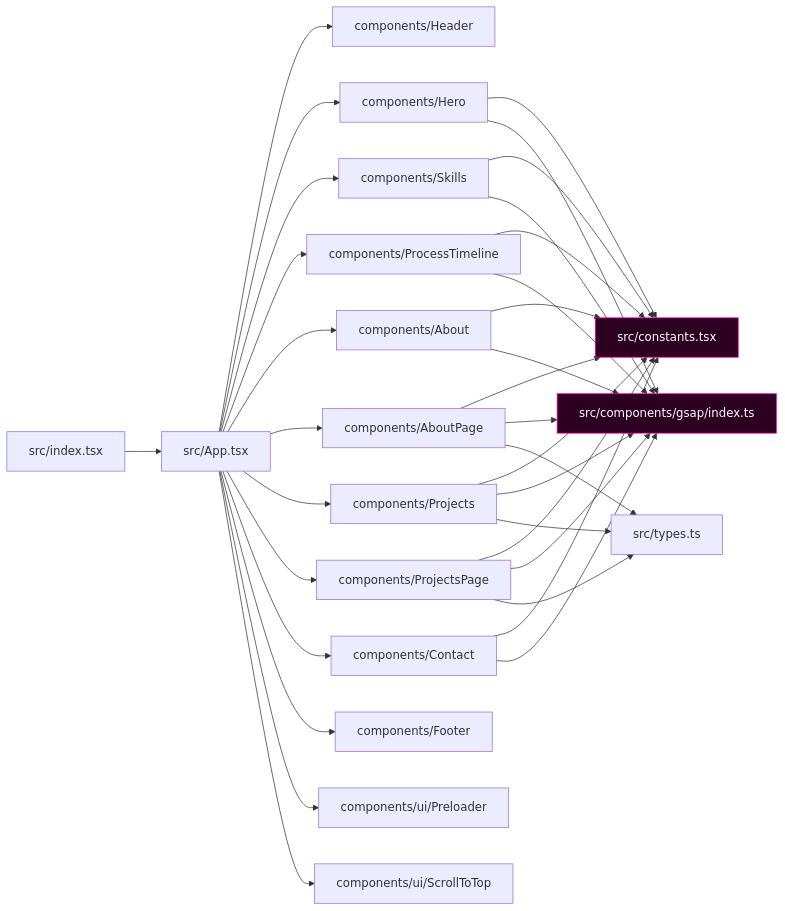
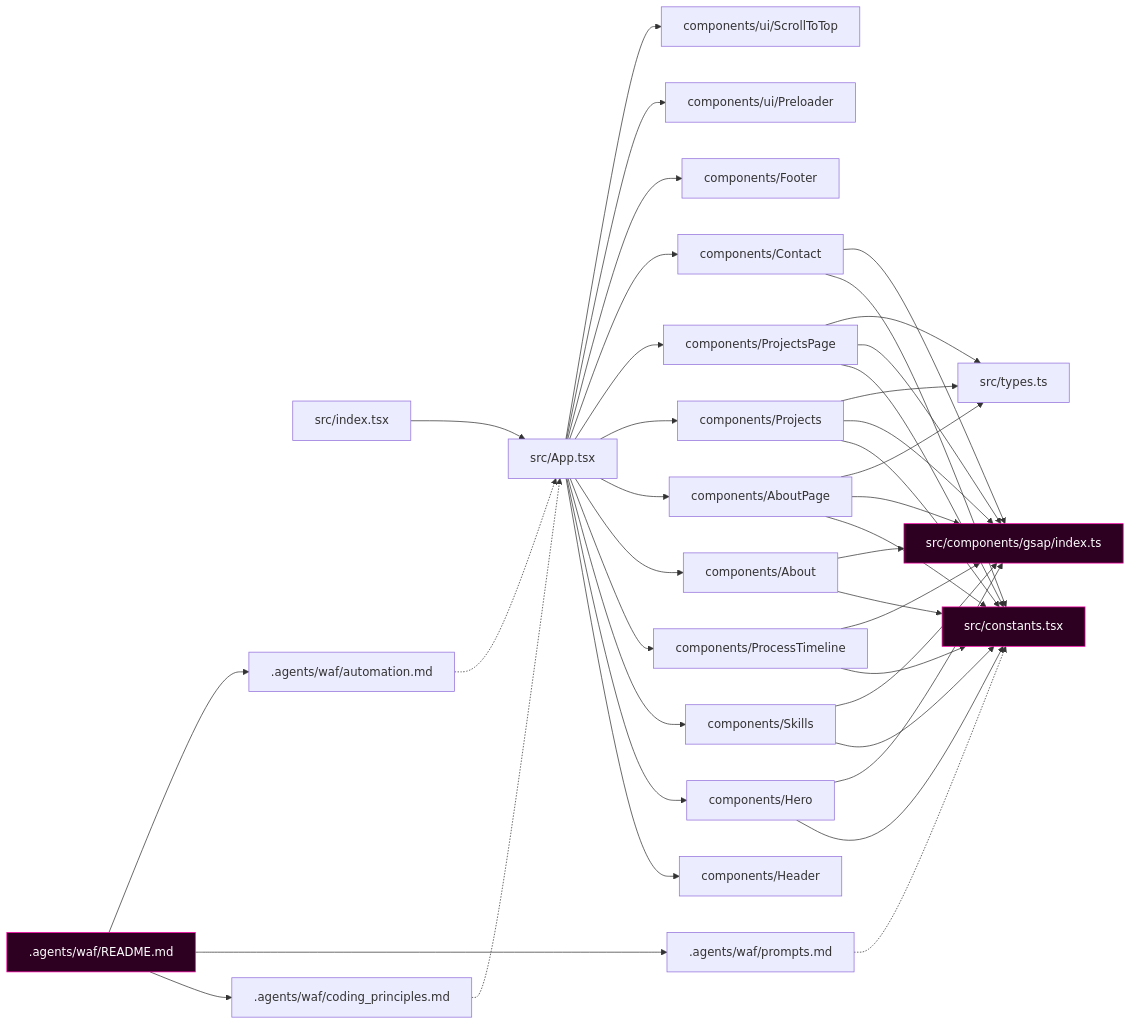
The diagram in docs/architecture/dependency-graph.md (AhmedNasser-bug/Ahmed-Nasser-s), drawn with Mermaid before and after one commit. The commit also changed 16 other files, not shown here.

Commit message:
feat: implement core site architecture including lifecycle, projects, and home components with GSAP animations.

````diff
--- a/docs/architecture/dependency-graph.md
+++ b/docs/architecture/dependency-graph.md
@@ -7,30 +7,39 @@
 ```mermaid
 graph LR
   classDef hub fill:#2d0022,stroke:#ff00aa,color:#fff
   classDef orphan fill:#1a1a00,stroke:#aaaa00,color:#fff
   classDef circular stroke:#ff0000,stroke-width:3px
 
   INDEX[src/index.tsx]
   APP[src/App.tsx]
   CONSTANTS[src/constants.tsx]:::hub
   TYPES[src/types.ts]
   GSAP[src/components/gsap/index.ts]:::hub
+  WAF_README[.agents/waf/README.md]:::hub
+  WAF_CODING[.agents/waf/coding_principles.md]
+  WAF_PROMPTS[.agents/waf/prompts.md]
+  WAF_AUTO[.agents/waf/automation.md]
 
   INDEX --> APP
   APP --> HEADER[components/Header]
   APP --> HERO[components/Hero]
   APP --> SKILLS[components/Skills]
   APP --> TIMELINE[components/ProcessTimeline]
   APP --> ABOUT_PREV[components/About]
   APP --> ABOUT_PAGE[components/AboutPage]
   APP --> PROJECTS[components/Projects]
   APP --> PROJECTS_PAGE[components/ProjectsPage]
   APP --> CONTACT[components/Contact]
   APP --> FOOTER[components/Footer]
   APP --> PRELOADER[components/ui/Preloader]
   APP --> SCROLL_TOP[components/ui/ScrollToTop]
 
   HERO & SKILLS & TIMELINE & ABOUT_PREV & ABOUT_PAGE & PROJECTS & PROJECTS_PAGE & CONTACT --> CONSTANTS
   HERO & SKILLS & TIMELINE & ABOUT_PREV & ABOUT_PAGE & PROJECTS & PROJECTS_PAGE & CONTACT --> GSAP
   PROJECTS & PROJECTS_PAGE & ABOUT_PAGE --> TYPES
+
+  WAF_README --> WAF_CODING & WAF_PROMPTS & WAF_AUTO
+  WAF_CODING -.-> APP
+  WAF_PROMPTS -.-> CONSTANTS
+  WAF_AUTO -.-> APP
 ```
````
